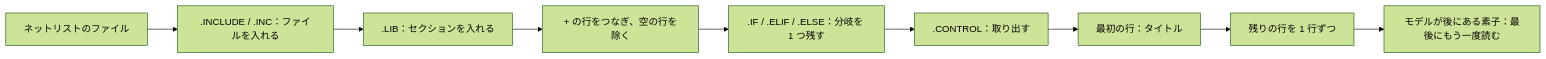
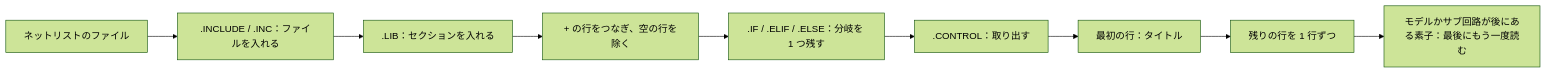
One commit to kurochan001/kirimaspice changed the first of 2 diagrams in docs/REFERENCE_MANUAL.ja.md. Above: the diagram before and after it, drawn with Mermaid (forest theme). The commit also changed 5 other files, not shown here.

````diff
--- a/docs/REFERENCE_MANUAL.ja.md
+++ b/docs/REFERENCE_MANUAL.ja.md
@@ -85,11 +85,11 @@
   ```mermaid
   flowchart LR
     F[ネットリストのファイル] --> I[".INCLUDE / .INC：ファイルを入れる"]
     I --> L[".LIB：セクションを入れる"]
     L --> C["+ の行をつなぎ、空の行を除く"]
     C --> IF[".IF / .ELIF / .ELSE：分岐を 1 つ残す"]
     IF --> CT[".CONTROL：取り出す"]
     CT --> T["最初の行：タイトル"]
     T --> R["残りの行を 1 行ずつ"]
-    R --> D["モデルが後にある素子：最後にもう一度読む"]
+    R --> D["モデルかサブ回路が後にある素子：最後にもう一度読む"]
   ```
````
